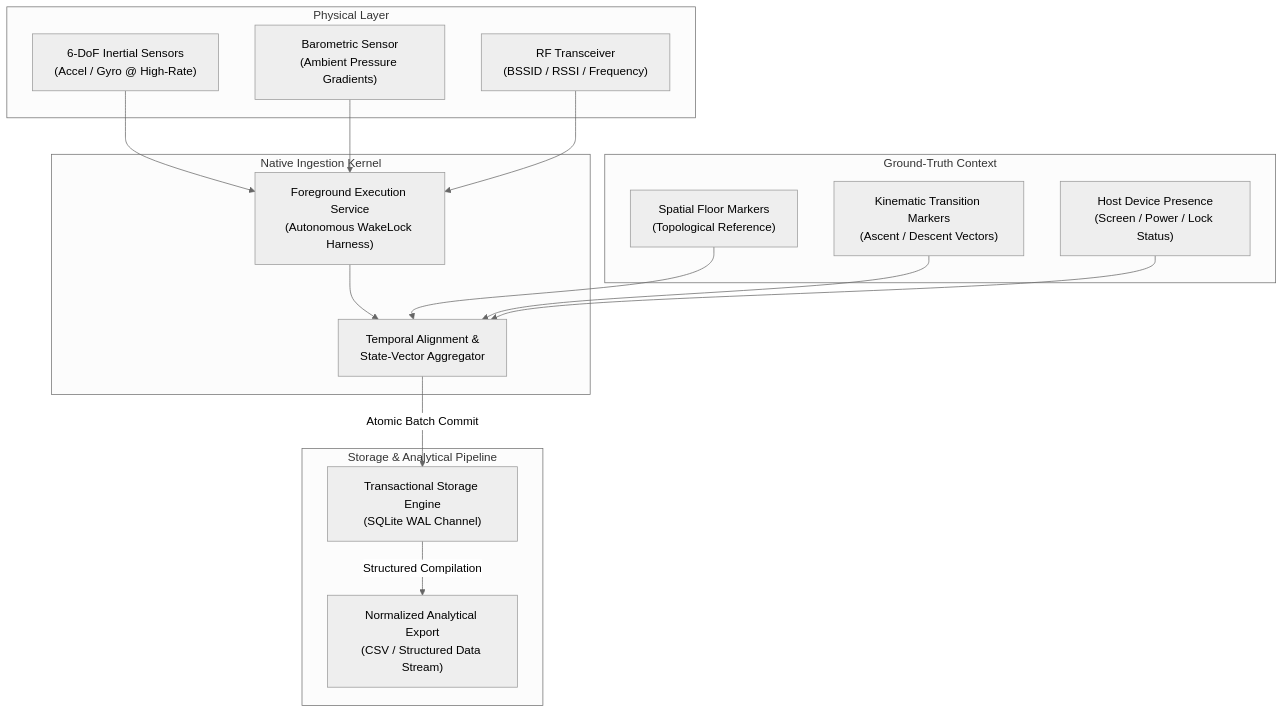
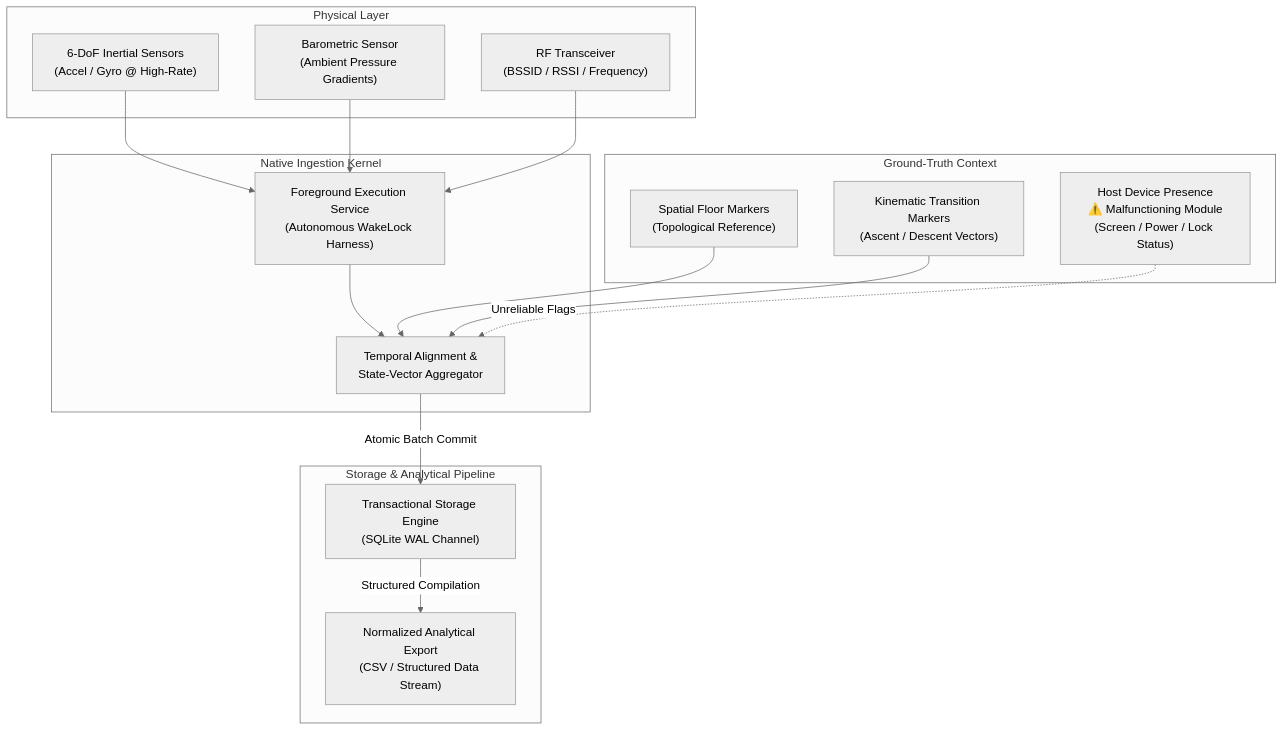
One commit to GitCoder052023/Ascent changed the diagram in README.md. Above: the diagram before and after it, drawn with Mermaid (neutral theme). The commit also changed other lines of this file, not shown here.

````diff
--- a/README.md
+++ b/README.md
@@ -78,36 +92,36 @@
 ```mermaid
 flowchart TD
     subgraph PhysicalSensors [" Physical Layer "]
         IMU["6-DoF Inertial Sensors\n(Accel / Gyro @ High-Rate)"]
         BARO["Barometric Sensor\n(Ambient Pressure Gradients)"]
         WIFI["RF Transceiver\n(BSSID / RSSI / Frequency)"]
     end
 
     subgraph NativeKernel [" Native Ingestion Kernel "]
         Service["Foreground Execution Service\n(Autonomous WakeLock Harness)"]
         SyncEngine["Temporal Alignment &\nState-Vector Aggregator"]
     end
 
     subgraph MetadataContext [" Ground-Truth Context "]
         FloorTag["Spatial Floor Markers\n(Topological Reference)"]
         ActivityTag["Kinematic Transition Markers\n(Ascent / Descent Vectors)"]
-        HostState["Host Device Presence\n(Screen / Power / Lock Status)"]
+        HostState["Host Device Presence\n⚠️ Malfunctioning Module\n(Screen / Power / Lock Status)"]
     end
 
     subgraph PersistenceLayer [" Storage & Analytical Pipeline "]
         WAL["Transactional Storage Engine\n(SQLite WAL Channel)"]
         Dataset["Normalized Analytical Export\n(CSV / Structured Data Stream)"]
     end
 
     IMU --> Service
     BARO --> Service
     WIFI --> Service
 
     Service --> SyncEngine
     FloorTag --> SyncEngine
     ActivityTag --> SyncEngine
-    HostState --> SyncEngine
+    HostState -.->|Unreliable Flags| SyncEngine
 
     SyncEngine -->|Atomic Batch Commit| WAL
     WAL -->|Structured Compilation| Dataset
 ```
````
